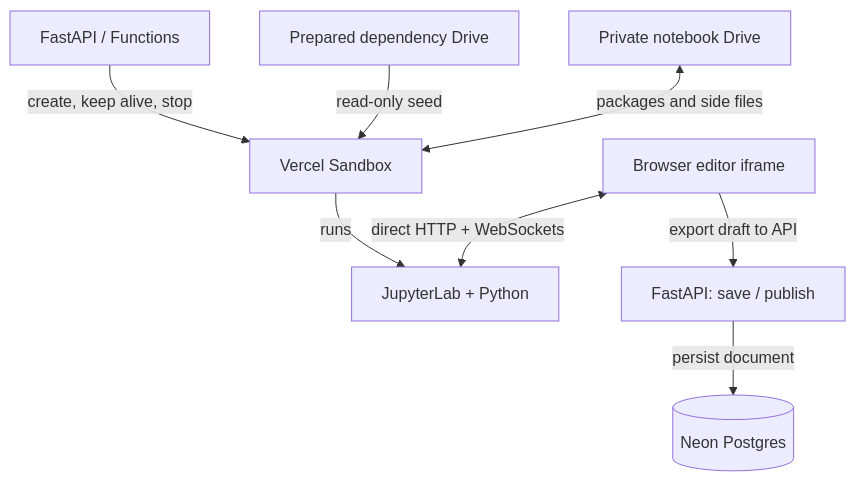
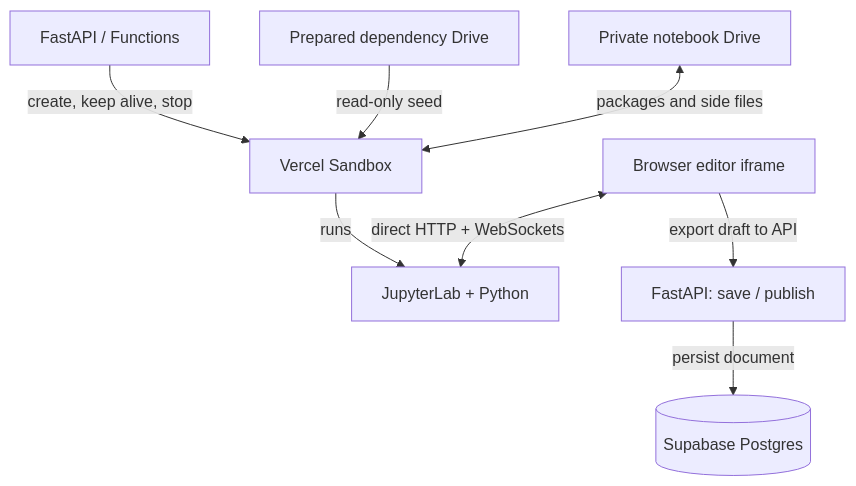
One commit to 1st1/notebook-factory changed the second of 2 diagrams in lat.md/architecture.md. Above: the diagram before and after it, drawn with Mermaid. The commit also changed other lines of this file and 10 other files, not shown here.

Commit message:
Support Supabase deployment and add architecture tour

````diff
--- a/lat.md/architecture.md
+++ b/lat.md/architecture.md
@@ -31,16 +31,16 @@
 ```mermaid
 flowchart TB
     api["FastAPI / Functions"]
     snapshot["Prepared dependency Drive"]
     workspace["Private notebook Drive"]
     sandbox["Vercel Sandbox"]
     jupyter["JupyterLab + Python"]
     browser["Browser editor iframe"]
     api -->|"create, keep alive, stop"| sandbox
     snapshot -->|"read-only seed"| sandbox
     workspace <-->|"packages and side files"| sandbox
     sandbox -->|"runs"| jupyter
     browser <-->|"direct HTTP + WebSockets"| jupyter
     browser -->|"export draft to API"| save["FastAPI: save / publish"]
-    save -->|"persist document"| neon[("Neon Postgres")]
+    save -->|"persist document"| supabase[("Supabase Postgres")]
 ```
````
